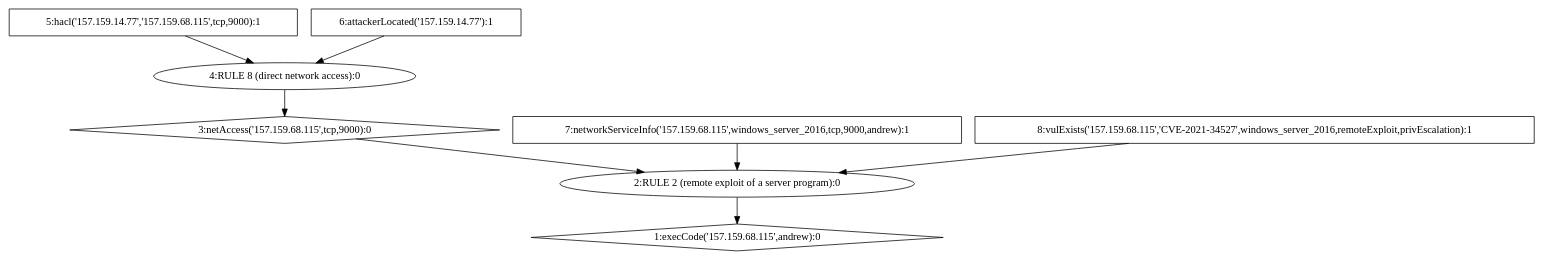
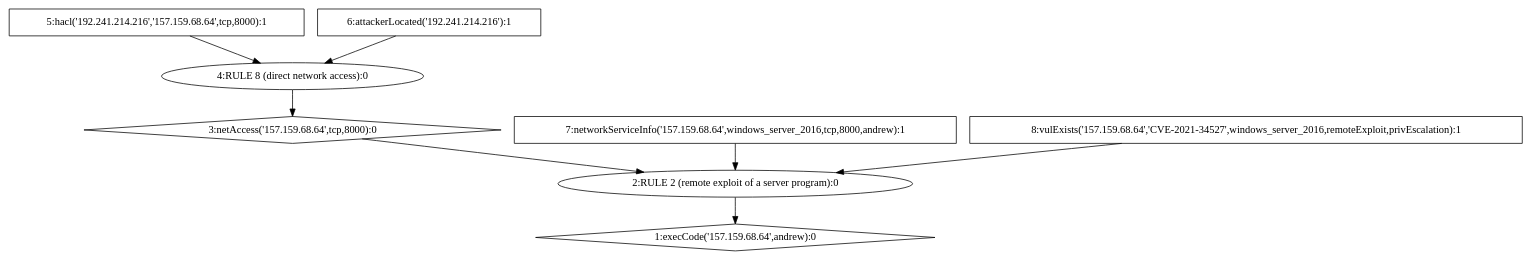
One commit to Kekere/prelude-elk changed the diagram in public_html/AttackGraph.dot. Above: the diagram before and after it, drawn with Graphviz. The commit also changed 91 other files, not shown here.

```diff
--- a/public_html/AttackGraph.dot
+++ b/public_html/AttackGraph.dot
@@ -1,17 +1,17 @@
 digraph G {
-	1 [label="1:execCode('157.159.68.115',andrew):0",shape=diamond];
+	1 [label="1:execCode('157.159.68.64',andrew):0",shape=diamond];
 	2 [label="2:RULE 2 (remote exploit of a server program):0",shape=ellipse];
-	3 [label="3:netAccess('157.159.68.115',tcp,9000):0",shape=diamond];
+	3 [label="3:netAccess('157.159.68.64',tcp,8000):0",shape=diamond];
 	4 [label="4:RULE 8 (direct network access):0",shape=ellipse];
-	5 [label="5:hacl('157.159.14.77','157.159.68.115',tcp,9000):1",shape=box];
-	6 [label="6:attackerLocated('157.159.14.77'):1",shape=box];
-	7 [label="7:networkServiceInfo('157.159.68.115',windows_server_2016,tcp,9000,andrew):1",shape=box];
-	8 [label="8:vulExists('157.159.68.115','CVE-2021-34527',windows_server_2016,remoteExploit,privEscalation):1",shape=box];
+	5 [label="5:hacl('192.241.214.216','157.159.68.64',tcp,8000):1",shape=box];
+	6 [label="6:attackerLocated('192.241.214.216'):1",shape=box];
+	7 [label="7:networkServiceInfo('157.159.68.64',windows_server_2016,tcp,8000,andrew):1",shape=box];
+	8 [label="8:vulExists('157.159.68.64','CVE-2021-34527',windows_server_2016,remoteExploit,privEscalation):1",shape=box];
 	5 -> 	4;
 	6 -> 	4;
 	4 -> 	3;
 	3 -> 	2;
 	7 -> 	2;
 	8 -> 	2;
 	2 -> 	1;
 }
```
